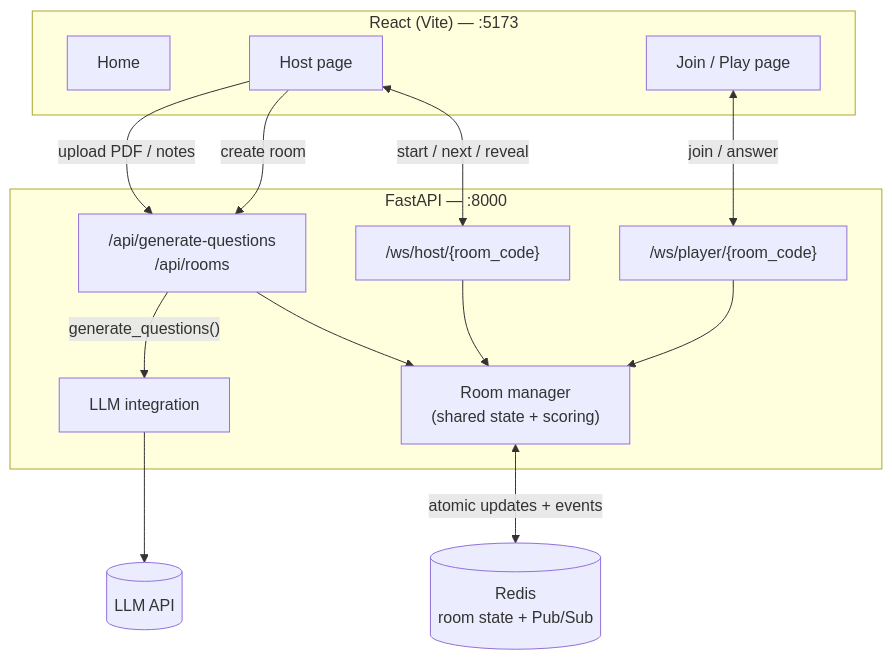
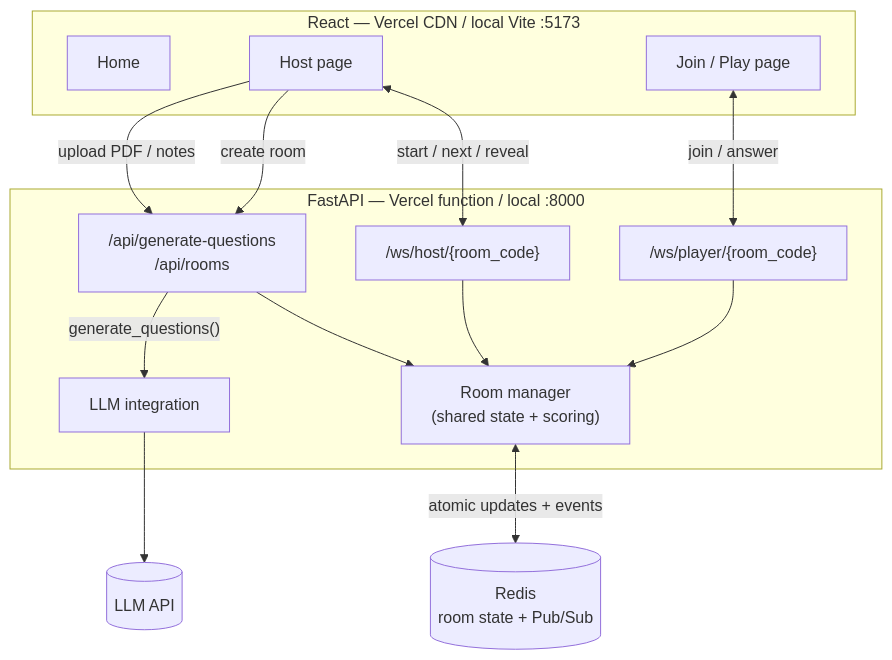
The second of 2 diagrams in README.md (oree-xx/StudyWars), drawn with Mermaid before and after one commit. The commit also changed other lines of this file and 1 other file, not shown here.

Commit message:
Clarify live demo and local setup in documentation

````diff
--- a/README.md
+++ b/README.md
@@ -119,26 +123,26 @@
 ```mermaid
 flowchart TB
-    subgraph Client["React (Vite) — :5173"]
+    subgraph Client["React — Vercel CDN / local Vite :5173"]
         Home["Home"]
         Host["Host page"]
         Join["Join / Play page"]
     end
 
-    subgraph Server["FastAPI — :8000"]
+    subgraph Server["FastAPI — Vercel function / local :8000"]
         HTTP["/api/generate-questions<br/>/api/rooms"]
         WSHost["/ws/host/{room_code}"]
         WSPlayer["/ws/player/{room_code}"]
         Rooms["Room manager<br/>(shared state + scoring)"]
         AI["LLM integration"]
     end
 
     LLM[("LLM API")]
     Redis[("Redis<br/>room state + Pub/Sub")]
 
     Host -- "upload PDF / notes" --> HTTP
     HTTP -- "generate_questions()" --> AI --> LLM
     Host -- "create room" --> HTTP --> Rooms
     Host <-- "start / next / reveal" --> WSHost --> Rooms
     Join <-- "join / answer" --> WSPlayer --> Rooms
     Rooms <-- "atomic updates + events" --> Redis
 ```
````
